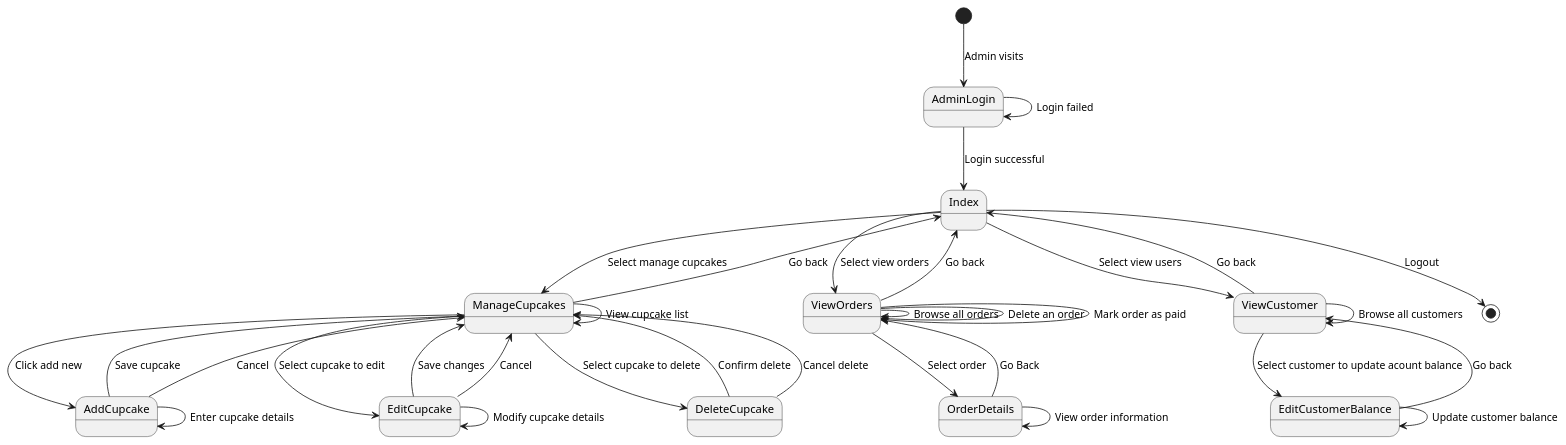
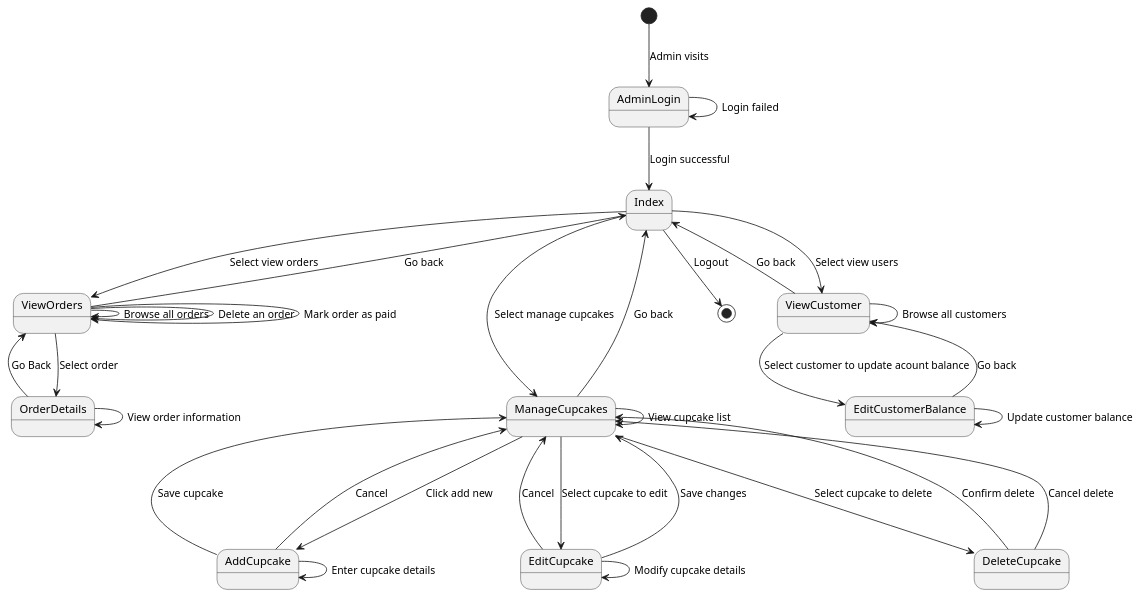
One commit to Mortenjenne/CupCake changed the diagram in docs/domain/Admin State Machine.puml. Above: the diagram before and after it, drawn with PlantUML. The commit also changed 37 other files, not shown here.

```diff
--- a/docs/domain/Admin State Machine.puml
+++ b/docs/domain/Admin State Machine.puml
@@ -1,46 +1,46 @@
 @startuml
 [*] --> AdminLogin : Admin visits
 
 AdminLogin --> Index : Login successful
 AdminLogin --> AdminLogin : Login failed
 
 Index --> ManageCupcakes : Select manage cupcakes
 Index --> ViewOrders : Select view orders
 Index --> ViewCustomer : Select view users
 Index --> [*] : Logout
 
-ManageCupcakes --> ManageCupcakes : View cupcake list
-ManageCupcakes --> AddCupcake : Click add new
-ManageCupcakes --> EditCupcake : Select cupcake to edit
-ManageCupcakes --> DeleteCupcake : Select cupcake to delete
-ManageCupcakes --> Index : Go back
+ManageCupcakes ---> ManageCupcakes : View cupcake list
+ManageCupcakes ---> AddCupcake : Click add new
+ManageCupcakes ---> EditCupcake : Select cupcake to edit
+ManageCupcakes ---> DeleteCupcake : Select cupcake to delete
+ManageCupcakes ---> Index : Go back
 
 AddCupcake --> AddCupcake : Enter cupcake details
 AddCupcake --> ManageCupcakes : Save cupcake
 AddCupcake --> ManageCupcakes : Cancel
 
 EditCupcake --> EditCupcake : Modify cupcake details
 EditCupcake --> ManageCupcakes : Save changes
 EditCupcake --> ManageCupcakes : Cancel
 
 DeleteCupcake --> ManageCupcakes : Confirm delete
 DeleteCupcake --> ManageCupcakes : Cancel delete
 
 ViewOrders --> ViewOrders : Browse all orders
 ViewOrders --> ViewOrders : Delete an order
 ViewOrders --> ViewOrders : Mark order as paid
 ViewOrders --> OrderDetails : Select order
 ViewOrders --> Index : Go back
 
 OrderDetails --> OrderDetails : View order information
 OrderDetails --> ViewOrders : Go Back
 
 ViewCustomer --> ViewCustomer : Browse all customers
 ViewCustomer --> EditCustomerBalance : Select customer to update acount balance
 EditCustomerBalance --> EditCustomerBalance : Update customer balance
 EditCustomerBalance --> ViewCustomer : Go back
 ViewCustomer --> Index : Go back
 
 
 
 @enduml
```
